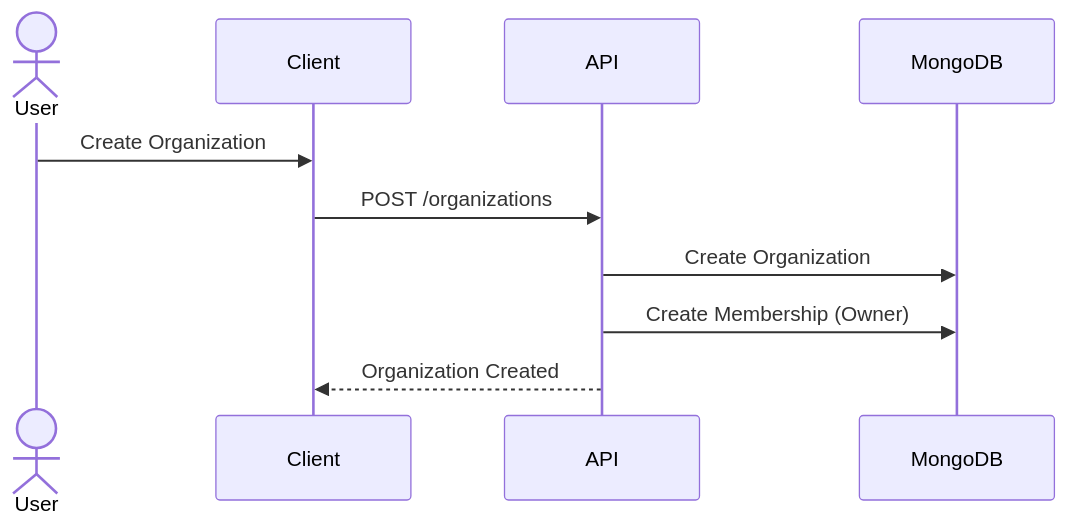
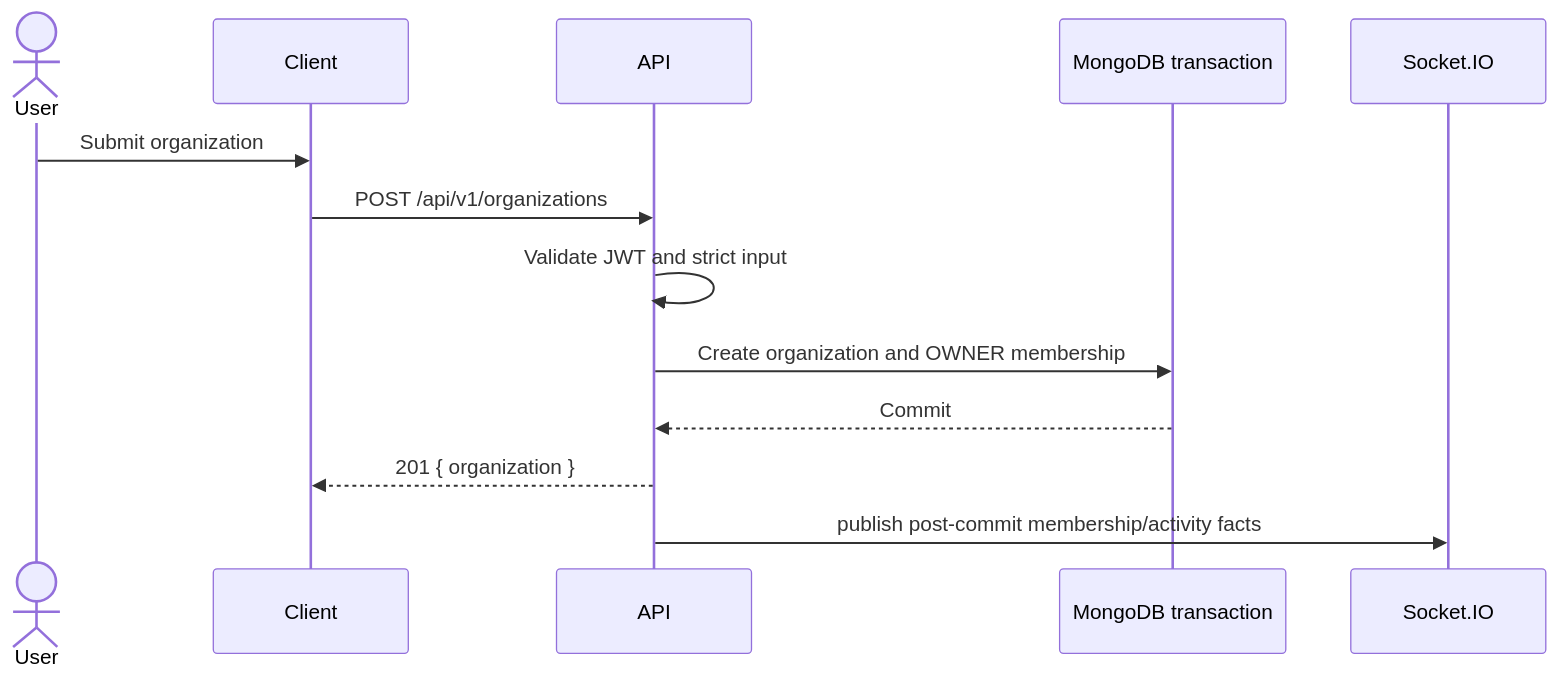
One commit to RamyMohamed47/intouch-docs changed the diagram in Diagrams/Sequence - Create Organization.md. Above: the diagram before and after it, drawn with Mermaid. The commit also changed 80 other files, not shown here.

Commit message:
align documentation vault with current InTouch architecture

````diff
--- a/Diagrams/Sequence - Create Organization.md
+++ b/Diagrams/Sequence - Create Organization.md
@@ -1,21 +3,15 @@
-```mermaid
+~~~mermaid
 sequenceDiagram
-
-    actor User
-
-    participant Client
-
-    participant API
-
-    participant MongoDB
-
-    User->>Client: Create Organization
-
-    Client->>API: POST /organizations
-
-    API->>MongoDB: Create Organization
-
-    API->>MongoDB: Create Membership (Owner)
-
-    API-->>Client: Organization Created
-```
+  actor User
+  participant Client
+  participant API
+  participant DB as MongoDB transaction
+  participant Socket as Socket.IO
+  User->>Client: Submit organization
+  Client->>API: POST /api/v1/organizations
+  API->>API: Validate JWT and strict input
+  API->>DB: Create organization and OWNER membership
+  DB-->>API: Commit
+  API-->>Client: 201 { organization }
+  API->>Socket: publish post-commit membership/activity facts
+~~~
````
